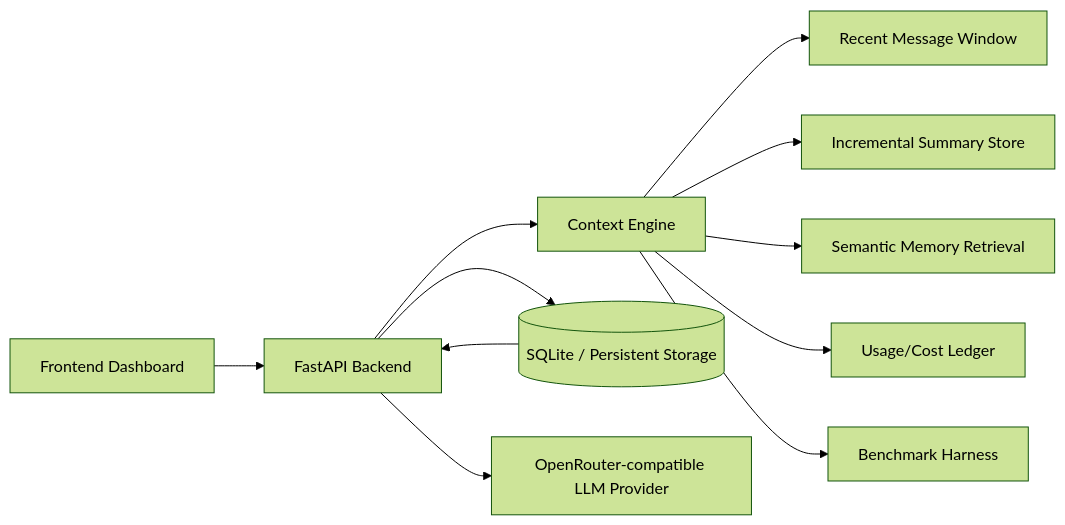
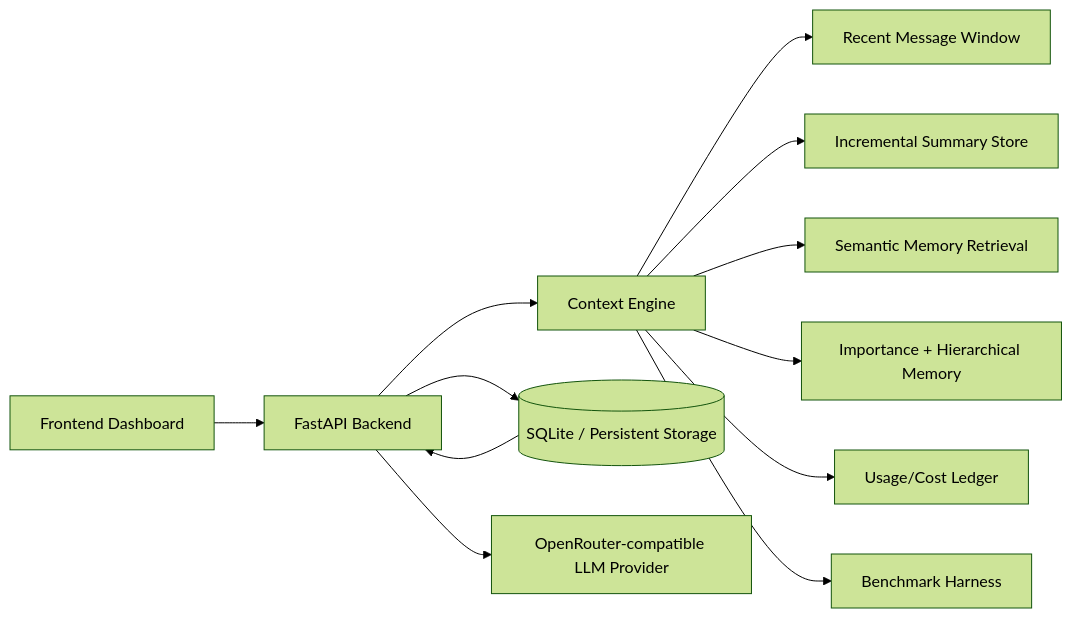
One commit to samarth1412/LLM-Context-Optimization-Engine changed the diagram in Readme.md. Above: the diagram before and after it, drawn with Mermaid (forest theme). The commit also changed other lines of this file and 15 other files, not shown here.

Commit message:
Add hierarchical memory scaling evaluation

````diff
--- a/Readme.md
+++ b/Readme.md
@@ -78,16 +82,17 @@
 ```mermaid
 flowchart LR
   UI[Frontend Dashboard] --> API[FastAPI Backend]
   API --> CE[Context Engine]
 
   CE --> W[Recent Message Window]
   CE --> S[Incremental Summary Store]
   CE --> R[Semantic Memory Retrieval]
+  CE --> M[Importance + Hierarchical Memory]
   CE --> U[Usage/Cost Ledger]
   CE --> B[Benchmark Harness]
 
   API --> DB[(SQLite / Persistent Storage)]
   DB --> API
 
   API --> LLM[OpenRouter-compatible LLM Provider]
 ```
````
